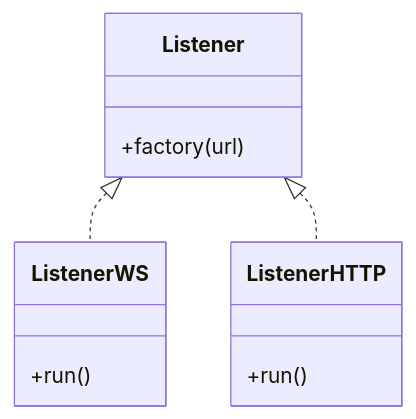
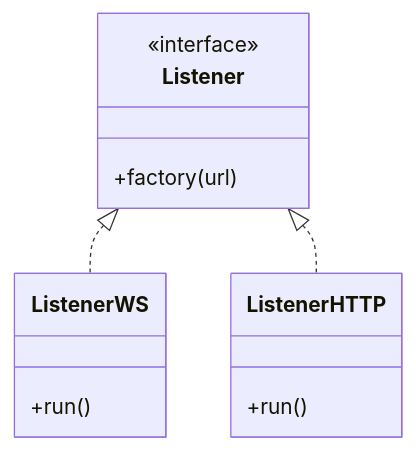
One commit to lostipani/pastiposte changed the second of 4 diagrams in README.md. Above: the diagram before and after it, drawn with Mermaid. The commit also changed other lines of this file and 29 other files, not shown here.

````diff
--- a/README.md
+++ b/README.md
@@ -23,12 +67,14 @@
 ```mermaid
 classDiagram
+    class Listener
+    <<interface>> Listener
     Listener <|.. ListenerWS
     Listener <|.. ListenerHTTP
     Listener: +factory(url)
     class ListenerWS{
         +run()
     }
     class ListenerHTTP{
         +run()
     }
 ```
````
